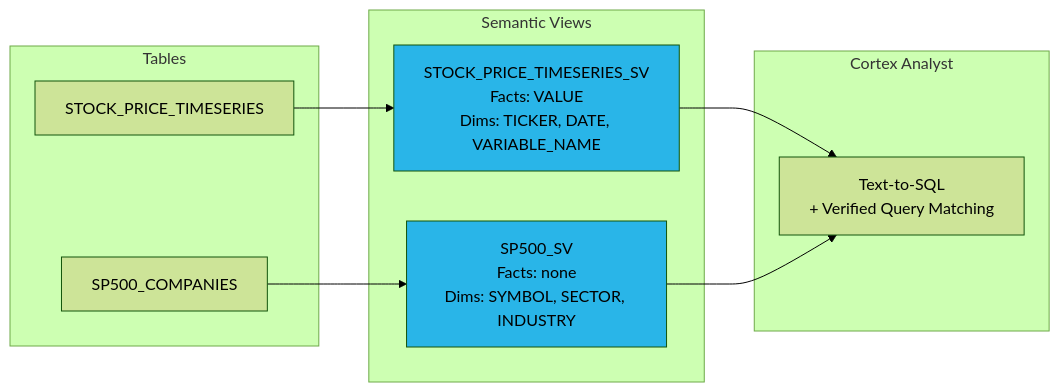
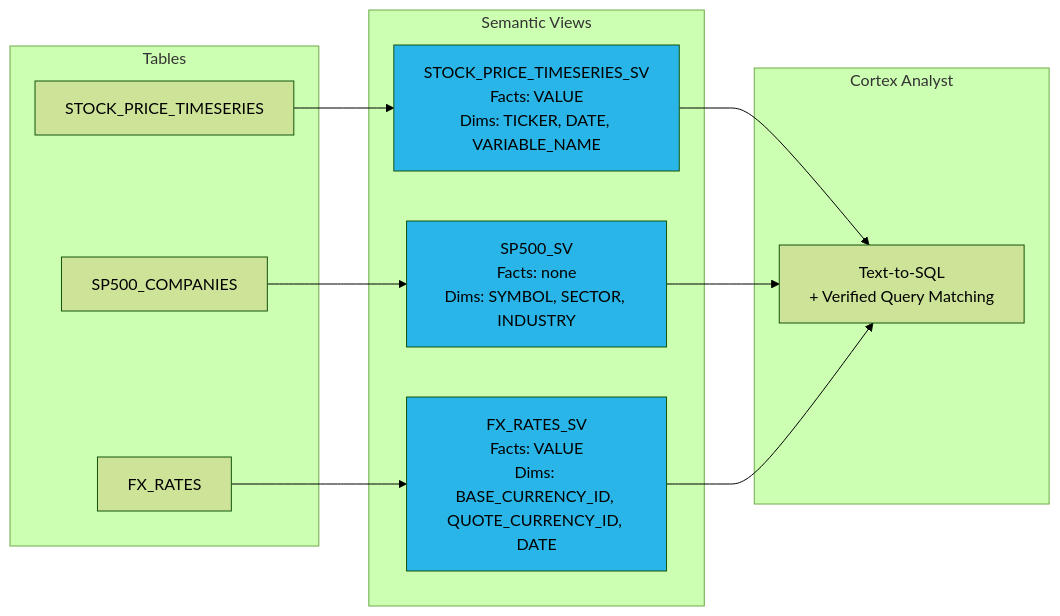
Before and after one commit to sfc-gh-cmoynihan/holly-labs: the diagram in step_4_semantic_views/step4_readme.md, drawn with Mermaid (forest theme). The commit also changed 3 other files, not shown here.

First line of the commit message:
Update all diagrams to include FX rates

````diff
--- a/step_4_semantic_views/step4_readme.md
+++ b/step_4_semantic_views/step4_readme.md
@@ -9,24 +9,29 @@
 ```mermaid
 graph LR
     subgraph "Tables"
         T1[STOCK_PRICE_TIMESERIES]
         T2[SP500_COMPANIES]
+        T3[FX_RATES]
     end
 
     subgraph "Semantic Views"
         SV1[STOCK_PRICE_TIMESERIES_SV<br/>Facts: VALUE<br/>Dims: TICKER, DATE, VARIABLE_NAME]
         SV2[SP500_SV<br/>Facts: none<br/>Dims: SYMBOL, SECTOR, INDUSTRY]
+        SV3[FX_RATES_SV<br/>Facts: VALUE<br/>Dims: BASE_CURRENCY_ID, QUOTE_CURRENCY_ID, DATE]
     end
 
     subgraph "Cortex Analyst"
         CA[Text-to-SQL<br/>+ Verified Query Matching]
     end
 
     T1 --> SV1
     T2 --> SV2
+    T3 --> SV3
     SV1 --> CA
     SV2 --> CA
+    SV3 --> CA
 
     style SV1 fill:#29B5E8
     style SV2 fill:#29B5E8
+    style SV3 fill:#29B5E8
 ```
````
